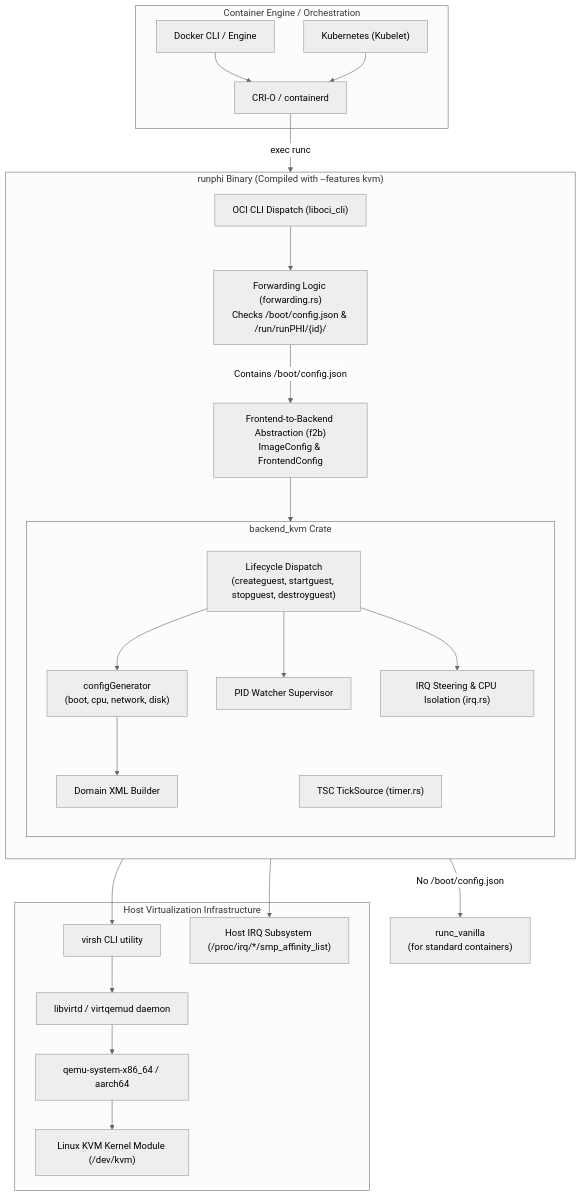
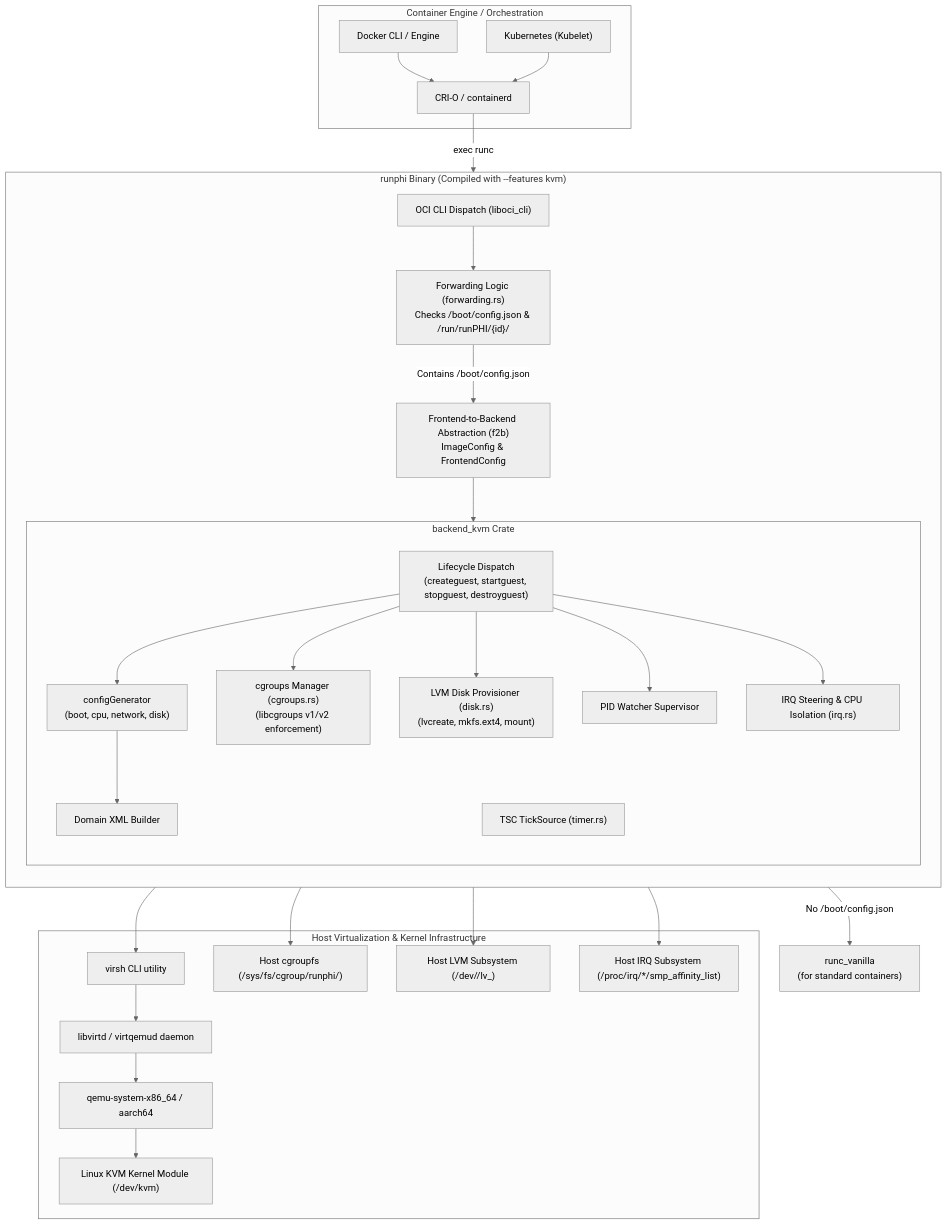
The first of 3 diagrams in doc/backend_kvm_docs/architecture_and_lifecycle.md (kwarki/runphi_manager), drawn with Mermaid (neutral theme) before and after one commit. The commit also changed other lines of this file and 5 other files, not shown here.

````diff
--- a/doc/backend_kvm_docs/architecture_and_lifecycle.md
+++ b/doc/backend_kvm_docs/architecture_and_lifecycle.md
@@ -13,56 +13,64 @@
 ```mermaid
 flowchart TB
     subgraph caller["Container Engine / Orchestration"]
         docker["Docker CLI / Engine"]
         k8s["Kubernetes (Kubelet)"]
         crio["CRI-O / containerd"]
     end
 
     subgraph runphi_bin["runphi Binary (Compiled with --features kvm)"]
         direction TB
         oci_entry["OCI CLI Dispatch (liboci_cli)"]
         fwd["Forwarding Logic (forwarding.rs)<br/>Checks /boot/config.json & /run/runPHI/{id}/"]
         f2b_layer["Frontend-to-Backend Abstraction (f2b)<br/>ImageConfig & FrontendConfig"]
         
         subgraph backend_kvm["backend_kvm Crate"]
             direction TB
             cfg_gen["configGenerator<br/>(boot, cpu, network, disk)"]
             domain_xml["Domain XML Builder"]
             lifecycle["Lifecycle Dispatch<br/>(createguest, startguest, stopguest, destroyguest)"]
+            cgroups_mgr["cgroups Manager (cgroups.rs)<br/>(libcgroups v1/v2 enforcement)"]
+            disk_mgr["LVM Disk Provisioner (disk.rs)<br/>(lvcreate, mkfs.ext4, mount)"]
             watcher_mgr["PID Watcher Supervisor"]
             irq_mgr["IRQ Steering & CPU Isolation (irq.rs)"]
             timer_src["TSC TickSource (timer.rs)"]
         end
     end
 
-    subgraph host_stack["Host Virtualization Infrastructure"]
+    subgraph host_stack["Host Virtualization & Kernel Infrastructure"]
         libvirt["libvirtd / virtqemud daemon"]
         virsh_cli["virsh CLI utility"]
         qemu["qemu-system-x86_64 / aarch64"]
         kvm_mod["Linux KVM Kernel Module (/dev/kvm)"]
+        cgroup_fs["Host cgroupfs (/sys/fs/cgroup/runphi/<id>)"]
+        host_lvm["Host LVM Subsystem (/dev/<vg>/lv_<id>)"]
         proc_irq["Host IRQ Subsystem (/proc/irq/*/smp_affinity_list)"]
     end
 
     runc["runc_vanilla<br/>(for standard containers)"]
 
     %% Connections
     docker --> crio
     k8s --> crio
     crio -- "exec runc" --> oci_entry
     oci_entry --> fwd
 
     fwd -- "No /boot/config.json" --> runc
     fwd -- "Contains /boot/config.json" --> f2b_layer
 
     f2b_layer --> lifecycle
     lifecycle --> cfg_gen
     cfg_gen --> domain_xml
     lifecycle --> virsh_cli
+    lifecycle --> cgroups_mgr
+    lifecycle --> disk_mgr
     lifecycle --> watcher_mgr
     lifecycle --> irq_mgr
 
     virsh_cli --> libvirt
     libvirt --> qemu
     qemu --> kvm_mod
+    cgroups_mgr --> cgroup_fs
+    disk_mgr --> host_lvm
     irq_mgr --> proc_irq
 ```
````
